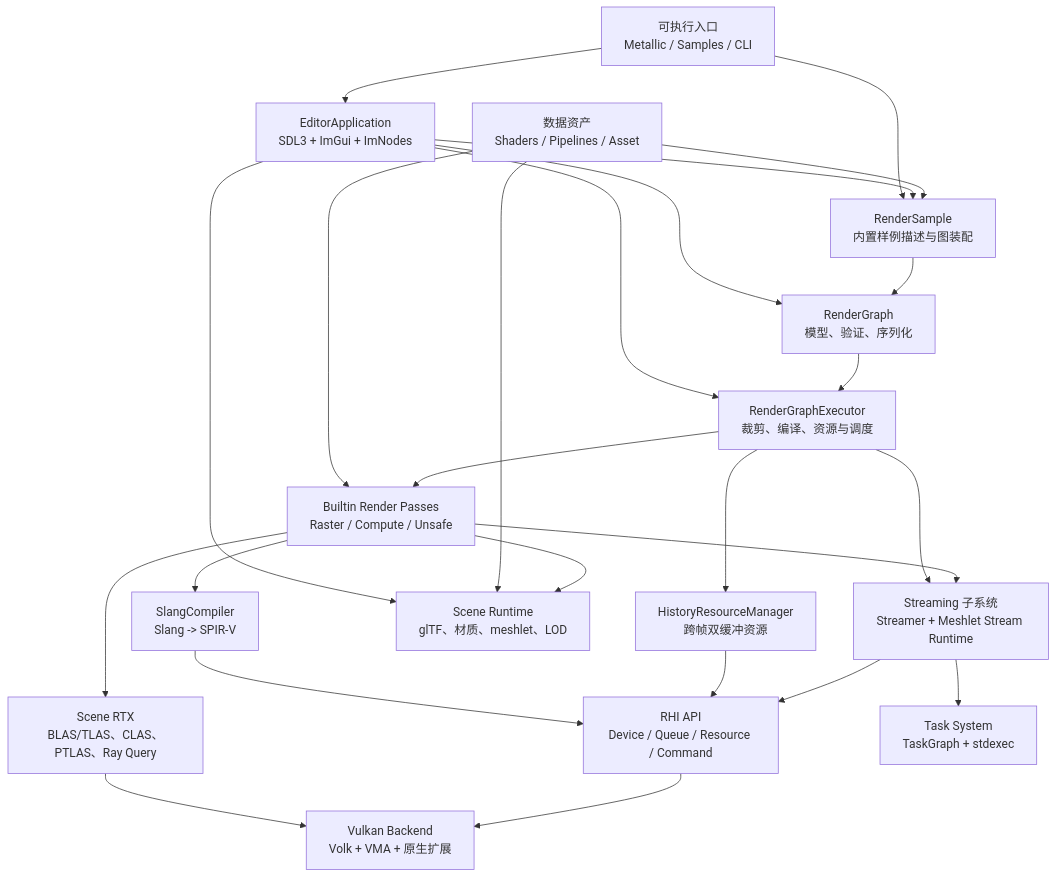
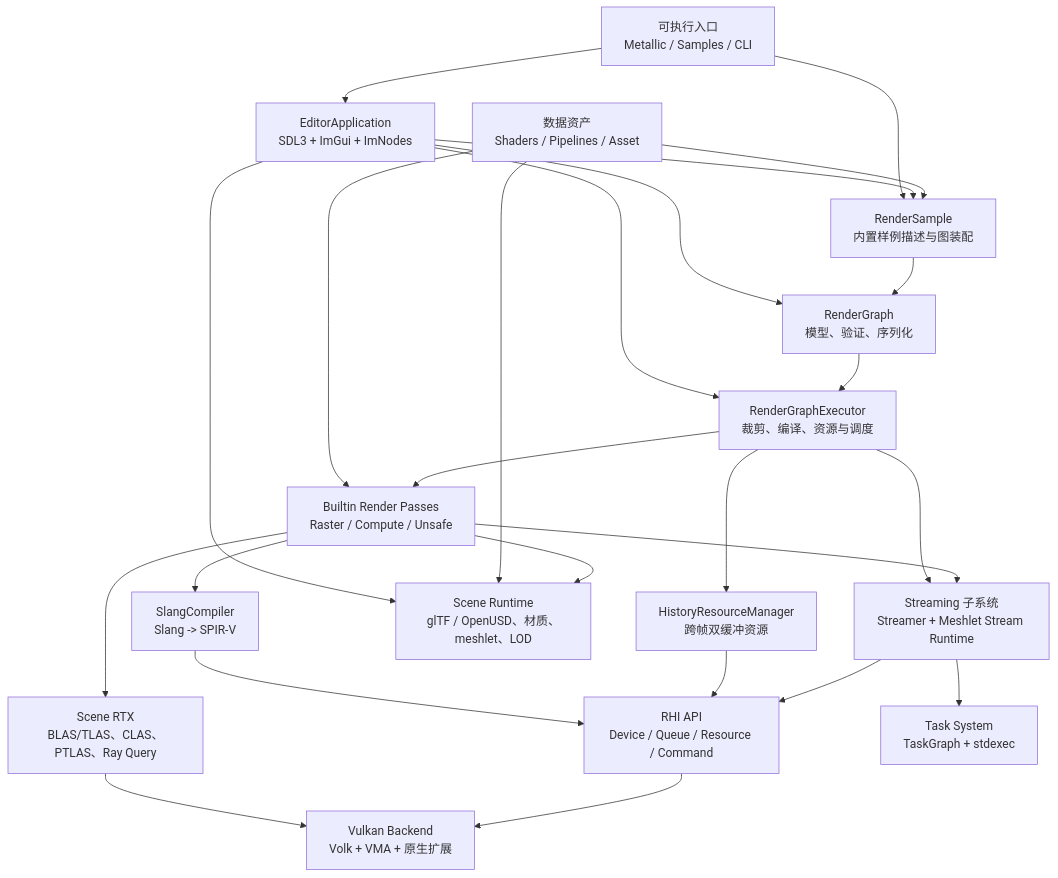
The first of 4 diagrams in Documentation/ProjectArchitecture.md (af8a2a/metallic), drawn with Mermaid before and after one commit. The commit also changed other lines of this file and 17 other files, not shown here.

````diff
--- a/Documentation/ProjectArchitecture.md
+++ b/Documentation/ProjectArchitecture.md
@@ -21,43 +21,43 @@
 ```mermaid
 flowchart TB
     Entry["可执行入口<br/>Metallic / Samples / CLI"]
     Editor["EditorApplication<br/>SDL3 + ImGui + ImNodes"]
     Sample["RenderSample<br/>内置样例描述与图装配"]
     Graph["RenderGraph<br/>模型、验证、序列化"]
     Executor["RenderGraphExecutor<br/>裁剪、编译、资源与调度"]
     Pass["Builtin Render Passes<br/>Raster / Compute / Unsafe"]
     History["HistoryResourceManager<br/>跨帧双缓冲资源"]
     Streaming["Streaming 子系统<br/>Streamer + Meshlet Stream Runtime"]
-    Scene["Scene Runtime<br/>glTF、材质、meshlet、LOD"]
+    Scene["Scene Runtime<br/>glTF / OpenUSD、材质、meshlet、LOD"]
     Shader["SlangCompiler<br/>Slang -> SPIR-V"]
     RHI["RHI API<br/>Device / Queue / Resource / Command"]
     Vulkan["Vulkan Backend<br/>Volk + VMA + 原生扩展"]
     RTX["Scene RTX<br/>BLAS/TLAS、CLAS、PTLAS、Ray Query"]
     Task["Task System<br/>TaskGraph + stdexec"]
     Assets["数据资产<br/>Shaders / Pipelines / Asset"]
 
     Entry --> Editor
     Entry --> Sample
     Editor --> Sample
     Editor --> Graph
     Editor --> Scene
     Editor --> Executor
     Sample --> Graph
     Assets --> Sample
     Assets --> Scene
     Assets --> Pass
     Graph --> Executor
     Executor --> Pass
     Executor --> History
     Executor --> Streaming
     Pass --> Scene
     Pass --> Shader
     Pass --> RTX
     Pass --> Streaming
     Shader --> RHI
     History --> RHI
     Streaming --> RHI
     Streaming --> Task
     RTX --> Vulkan
     RHI --> Vulkan
 ```
````
